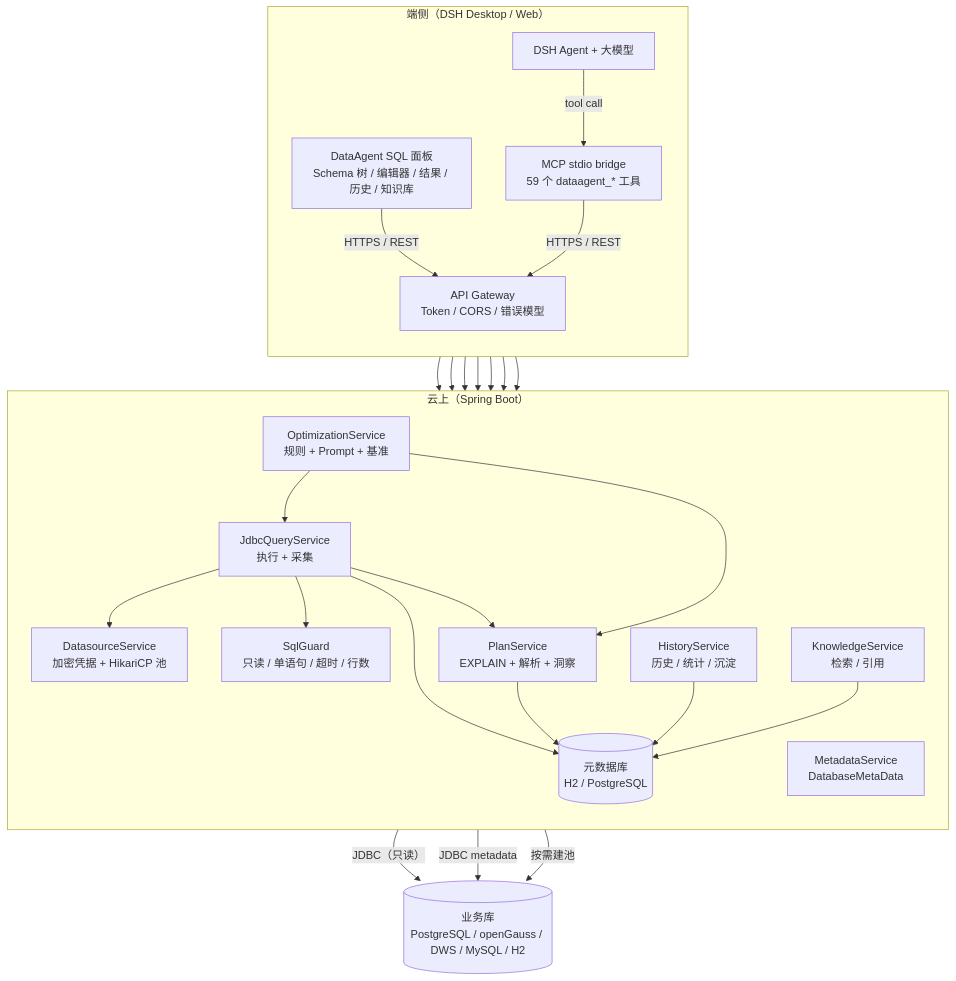
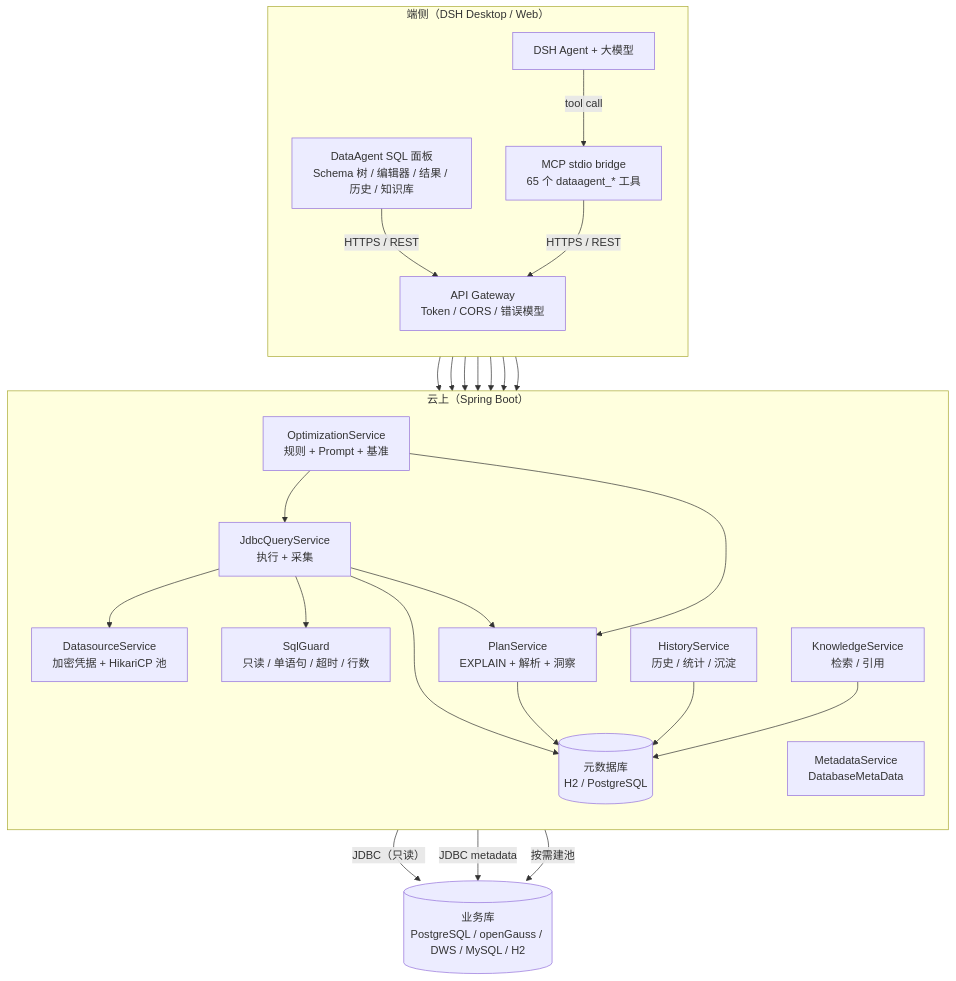
Before and after one commit to whllowp/DataAgent: the first of 6 diagrams in docs/ARCHITECTURE.md, drawn with Mermaid. The commit also changed 28 other files, not shown here.

````diff
--- a/docs/ARCHITECTURE.md
+++ b/docs/ARCHITECTURE.md
@@ -25,47 +25,47 @@
 ```mermaid
 flowchart TB
   subgraph Edge["端侧（DSH Desktop / Web）"]
     direction TB
     Panel["DataAgent SQL 面板<br/>Schema 树 / 编辑器 / 结果 / 历史 / 知识库"]
     DSH["DSH Agent + 大模型"]
-    MCP["MCP stdio bridge<br/>59 个 dataagent_* 工具"]
+    MCP["MCP stdio bridge<br/>65 个 dataagent_* 工具"]
     Panel -->|"HTTPS / REST"| Gateway
     DSH -->|"tool call"| MCP
     MCP -->|"HTTPS / REST"| Gateway
   end
 
   subgraph Cloud["云上（Spring Boot）"]
     direction TB
     Gateway["API Gateway<br/>Token / CORS / 错误模型"]
     DS["DatasourceService<br/>加密凭据 + HikariCP 池"]
     Meta["MetadataService<br/>DatabaseMetaData"]
     Guard["SqlGuard<br/>只读 / 单语句 / 超时 / 行数"]
     Exec["JdbcQueryService<br/>执行 + 采集"]
     Plan["PlanService<br/>EXPLAIN + 解析 + 洞察"]
     Hist["HistoryService<br/>历史 / 统计 / 沉淀"]
     KB["KnowledgeService<br/>检索 / 引用"]
     Opt["OptimizationService<br/>规则 + Prompt + 基准"]
     Store[("元数据库<br/>H2 / PostgreSQL")]
     Gateway --> DS
     Gateway --> Meta
     Gateway --> Guard
     Gateway --> Exec
     Gateway --> Hist
     Gateway --> KB
     Gateway --> Opt
     Exec --> Guard
     Exec --> DS
     Exec --> Plan
     Exec --> Store
     Plan --> Store
     Hist --> Store
     KB --> Store
     Opt --> Exec
     Opt --> Plan
   end
 
   DB[("业务库<br/>PostgreSQL / openGauss / DWS / MySQL / H2")]
   Exec -->|"JDBC（只读）"| DB
   Meta -->|"JDBC metadata"| DB
   DS -->|"按需建池"| DB
 ```
````
